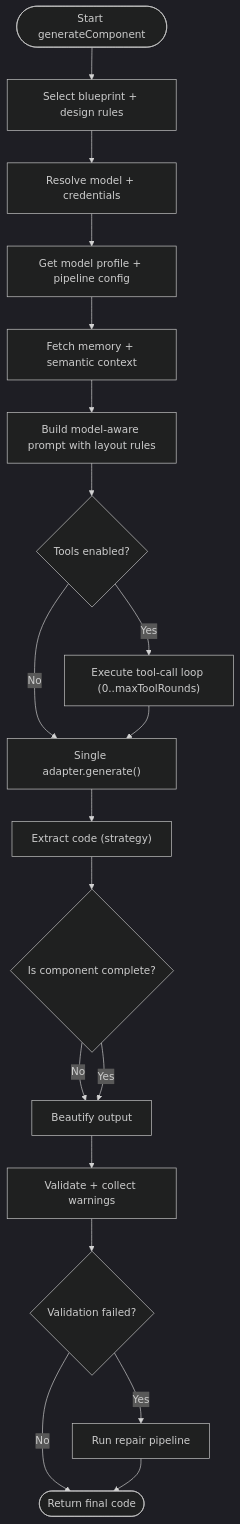
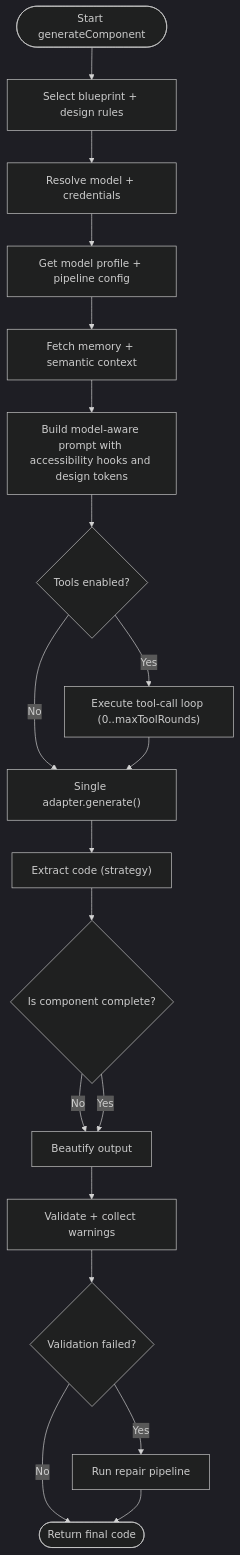
The fifth of 11 diagrams in .qoder/repowiki/en/content/AI Generation Engine/AI Generation Engine.md (shekhargiri005-dotcom/AI-powered-accessibility-first-UI-engine), drawn with Mermaid (dark theme) before and after one commit. The commit also changed other lines of this file and 24 other files, not shown here.

````diff
--- a/.qoder/repowiki/en/content/AI Generation Engine/AI Generation Engine.md
+++ b/.qoder/repowiki/en/content/AI Generation Engine/AI Generation Engine.md
@@ -295,21 +319,21 @@
 ```mermaid
 flowchart TD
 Start(["Start generateComponent"]) --> Blueprint["Select blueprint + design rules"]
 Blueprint --> ResolveCfg["Resolve model + credentials"]
 ResolveCfg --> Profiles["Get model profile + pipeline config"]
 Profiles --> Memory["Fetch memory + semantic context"]
-Memory --> Prompt["Build model-aware prompt with layout rules"]
+Memory --> Prompt["Build model-aware prompt with accessibility hooks and design tokens"]
 Prompt --> Tools{"Tools enabled?"}
 Tools -- Yes --> ToolLoop["Execute tool-call loop (0..maxToolRounds)"]
 Tools -- No --> Generate["Single adapter.generate()"]
 ToolLoop --> Generate
 Generate --> Extract["Extract code (strategy)"]
 Extract --> Complete{"Is component complete?"}
 Complete -- No --> Beautify["Beautify output"]
 Complete -- Yes --> Beautify
 Beautify --> Validate["Validate + collect warnings"]
 Validate --> Repair{"Validation failed?"}
 Repair -- Yes --> RunRepair["Run repair pipeline"]
 Repair -- No --> Done(["Return final code"])
 RunRepair --> Done
 ```
````
